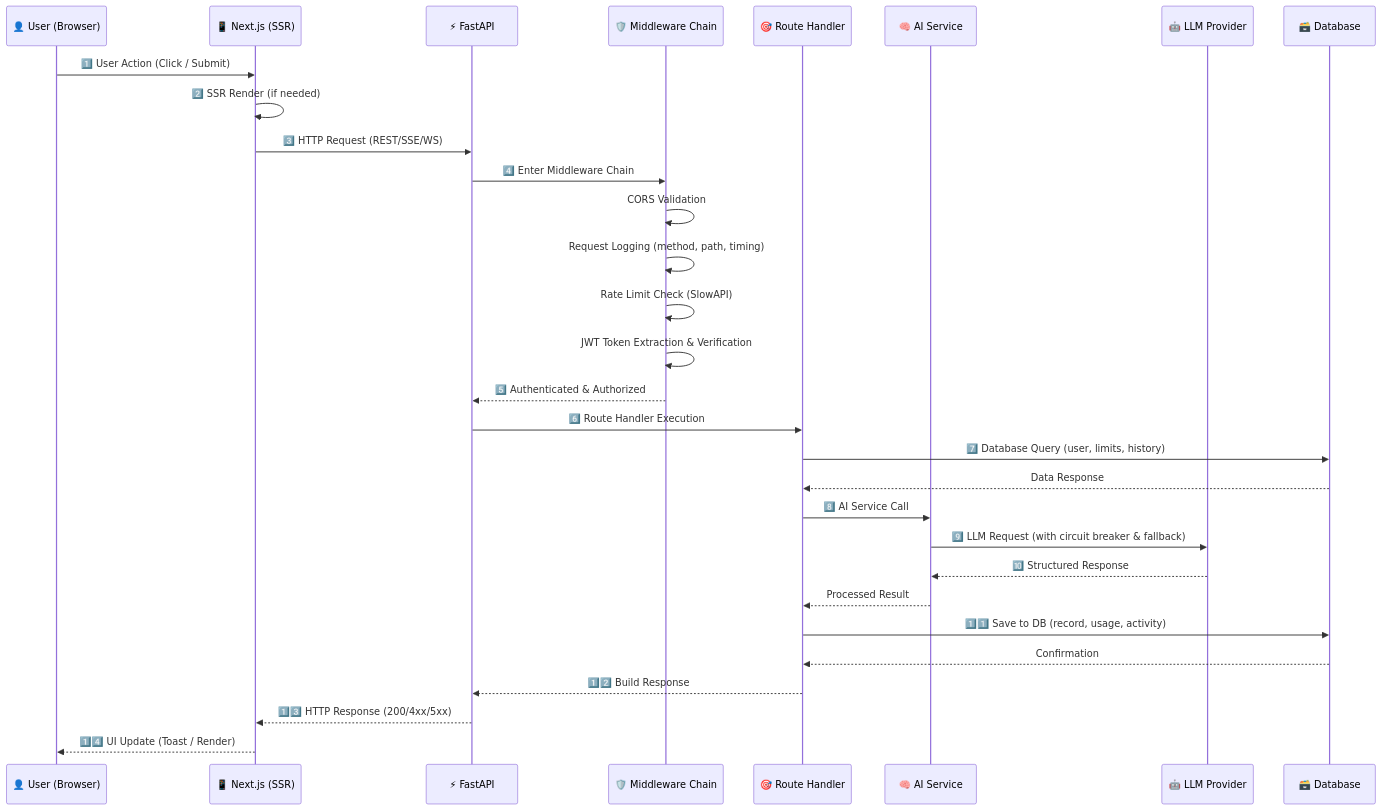
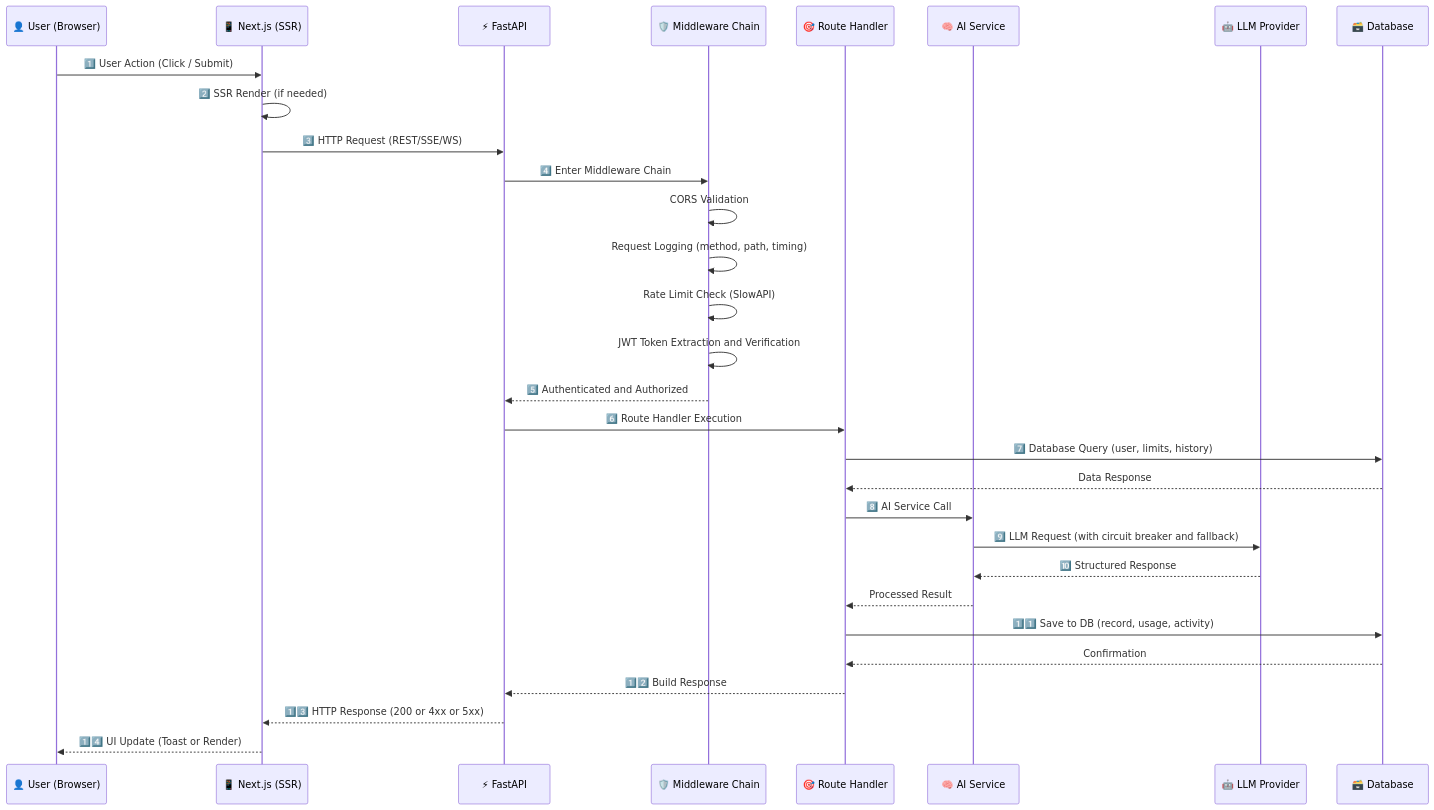
One commit to Anil-Pradhan-web/ai-career-mentor changed the third of 35 diagrams in ARCHITECTURE.md. Above: the diagram before and after it, drawn with Mermaid. The commit also changed other lines of this file, not shown here.

Commit message:
fix: remove all JSON curly braces from Mermaid sequence diagrams, simplify state diagrams, replace classDef with inline styles for GitHub compatibility

````diff
--- a/ARCHITECTURE.md
+++ b/ARCHITECTURE.md
@@ -164,38 +164,38 @@
 ```mermaid
 sequenceDiagram
     participant U as 👤 User (Browser)
     participant N as 📱 Next.js (SSR)
     participant A as ⚡ FastAPI
     participant M as 🛡️ Middleware Chain
     participant H as 🎯 Route Handler
     participant AI as 🧠 AI Service
     participant LLM as 🤖 LLM Provider
     participant D as 🗃️ Database
 
     U->>N: 1️⃣ User Action (Click / Submit)
     N->>N: 2️⃣ SSR Render (if needed)
     N->>A: 3️⃣ HTTP Request (REST/SSE/WS)
     
     A->>M: 4️⃣ Enter Middleware Chain
     M->>M: CORS Validation
     M->>M: Request Logging (method, path, timing)
     M->>M: Rate Limit Check (SlowAPI)
-    M->>M: JWT Token Extraction & Verification
-    M-->>A: 5️⃣ Authenticated & Authorized
+    M->>M: JWT Token Extraction and Verification
+    M-->>A: 5️⃣ Authenticated and Authorized
     
     A->>H: 6️⃣ Route Handler Execution
     H->>D: 7️⃣ Database Query (user, limits, history)
     D-->>H: Data Response
     
     H->>AI: 8️⃣ AI Service Call
-    AI->>LLM: 9️⃣ LLM Request (with circuit breaker & fallback)
+    AI->>LLM: 9️⃣ LLM Request (with circuit breaker and fallback)
     LLM-->>AI: 🔟 Structured Response
     AI-->>H: Processed Result
     
     H->>D: 1️⃣1️⃣ Save to DB (record, usage, activity)
     D-->>H: Confirmation
     
     H-->>A: 1️⃣2️⃣ Build Response
-    A-->>N: 1️⃣3️⃣ HTTP Response (200/4xx/5xx)
-    N-->>U: 1️⃣4️⃣ UI Update (Toast / Render)
+    A-->>N: 1️⃣3️⃣ HTTP Response (200 or 4xx or 5xx)
+    N-->>U: 1️⃣4️⃣ UI Update (Toast or Render)
 ```
````
